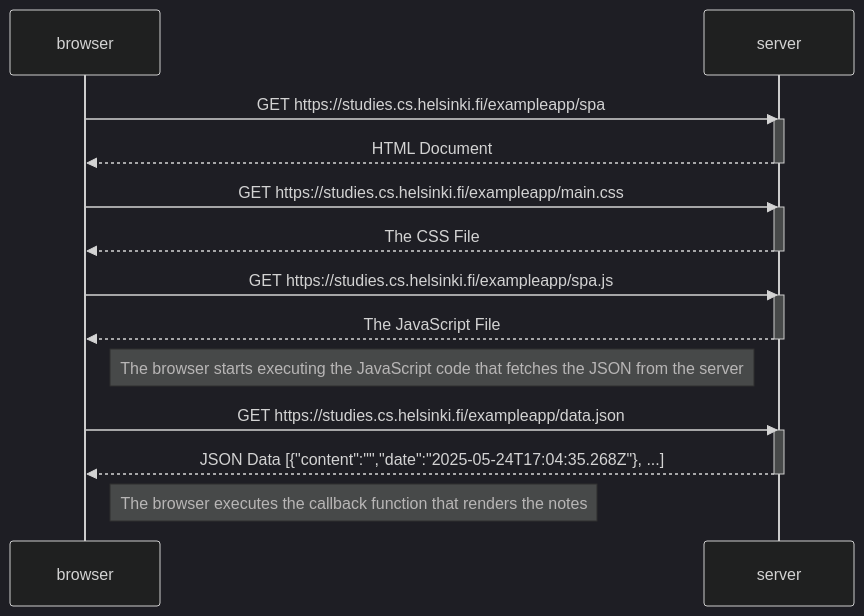
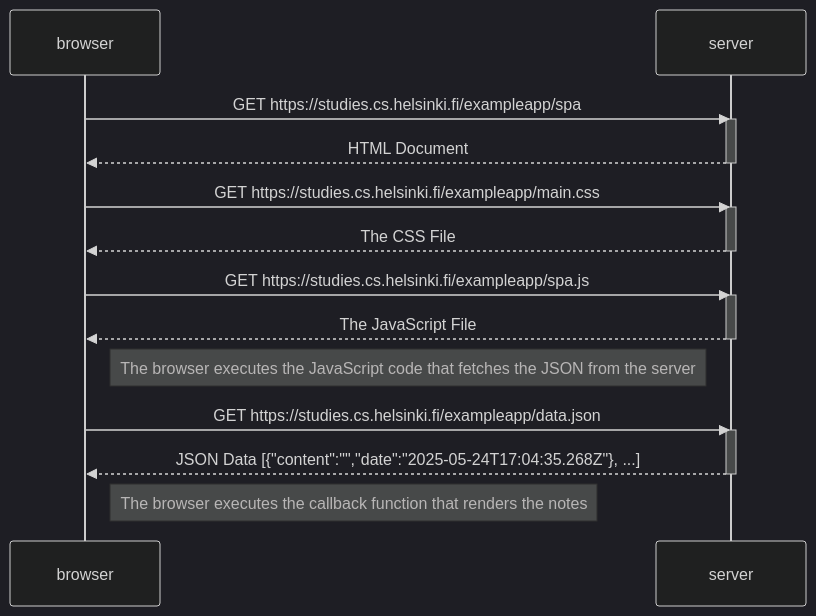
The diagram in part0/0_5_single_page_app_diagram.md (moysush/fullstackopen), drawn with Mermaid (dark theme) before and after one commit.

````diff
--- a/part0/0_5_single_page_app_diagram.md
+++ b/part0/0_5_single_page_app_diagram.md
@@ -1,30 +1,29 @@
 ```mermaid
 sequenceDiagram
   participant browser as browser
   participant server as server
 
   browser ->> server: GET https://studies.cs.helsinki.fi/exampleapp/spa
   activate server
   server -->> browser: HTML Document
   deactivate server
 
   browser ->> server: GET https://studies.cs.helsinki.fi/exampleapp/main.css
   activate server
   server -->> browser: The CSS File
   deactivate server
 
   browser ->> server: GET https://studies.cs.helsinki.fi/exampleapp/spa.js
   activate server
   server -->> browser: The JavaScript File
   deactivate server
 
-  Note right of browser: The browser starts executing the JavaScript code that fetches the JSON from the server
+  Note right of browser: The browser executes the JavaScript code that fetches the JSON from the server
   
-
   browser ->> server: GET https://studies.cs.helsinki.fi/exampleapp/data.json
   activate server
   server -->> browser: JSON Data [{"content":"","date":"2025-05-24T17:04:35.268Z"}, ...]
   deactivate server
 
   Note right of browser: The browser executes the callback function that renders the notes
 ```
````
